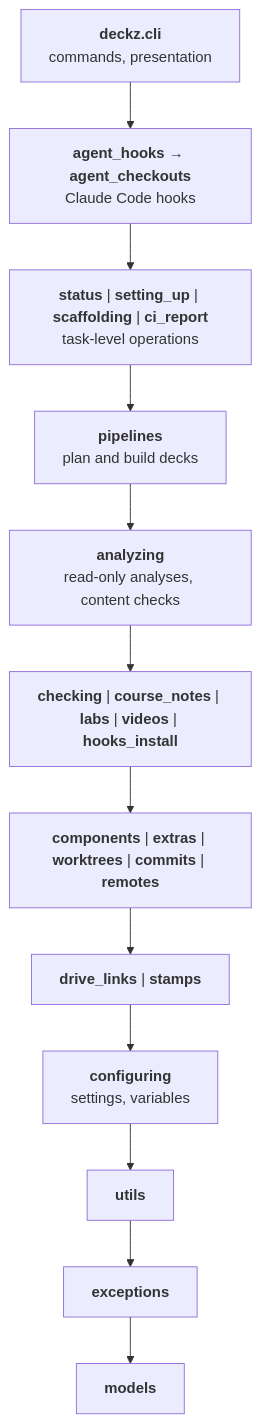
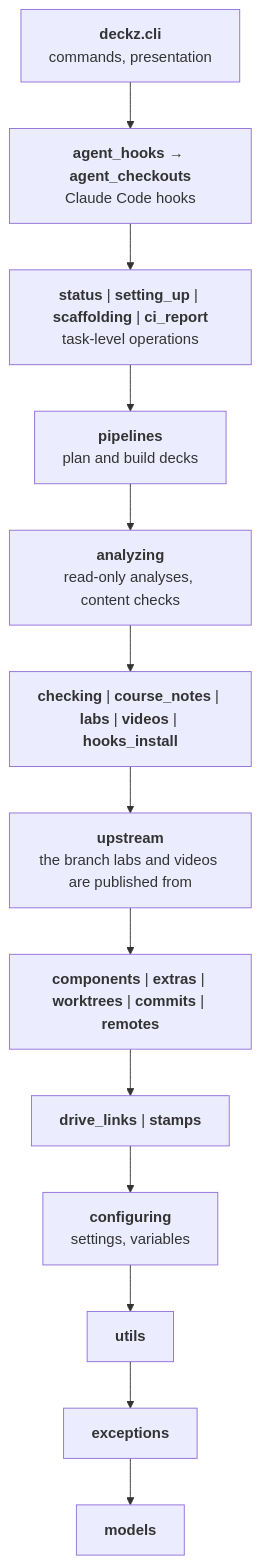
The second of 2 diagrams in docs/architecture/index.md (shuuchuu/deckz), drawn with Mermaid before and after one commit. The commit also changed other lines of this file and 19 other files, not shown here.

First line of the commit message:
Publish labs and videos from the upstream branch, whichever checkout runs it

````diff
--- a/docs/architecture/index.md
+++ b/docs/architecture/index.md
@@ -60,16 +60,17 @@
 ```mermaid
 flowchart TB
     cli["<b>deckz.cli</b><br/>commands, presentation"]
     agent["<b>agent_hooks</b> → <b>agent_checkouts</b><br/>Claude Code hooks"]
     tasks["<b>status</b> | <b>setting_up</b> | <b>scaffolding</b> | <b>ci_report</b><br/>task-level operations"]
     pipelines["<b>pipelines</b><br/>plan and build decks"]
     analyzing["<b>analyzing</b><br/>read-only analyses, content checks"]
     mid["<b>checking</b> | <b>course_notes</b> | <b>labs</b> | <b>videos</b> | <b>hooks_install</b>"]
+    upstream["<b>upstream</b><br/>the branch labs and videos are published from"]
     components["<b>components</b> | <b>extras</b> | <b>worktrees</b> | <b>commits</b> | <b>remotes</b>"]
     low["<b>drive_links</b> | <b>stamps</b>"]
     configuring["<b>configuring</b><br/>settings, variables"]
     utils["<b>utils</b>"]
     exceptions["<b>exceptions</b>"]
     models["<b>models</b>"]
-    cli --> agent --> tasks --> pipelines --> analyzing --> mid --> components --> low --> configuring --> utils --> exceptions --> models
+    cli --> agent --> tasks --> pipelines --> analyzing --> mid --> upstream --> components --> low --> configuring --> utils --> exceptions --> models
 ```
````
